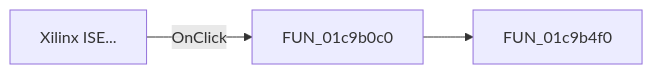
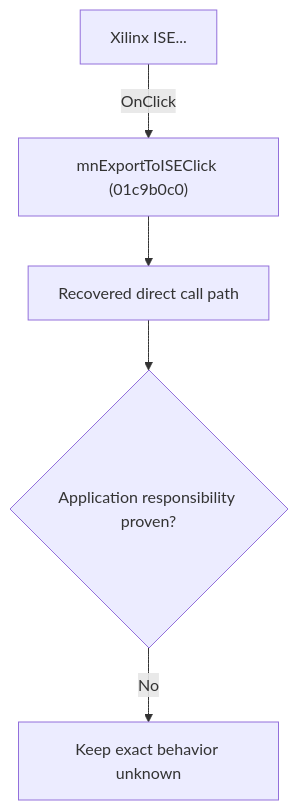
The diagram in docs/ui-controls/schematiceditor/mnexporttoise-5b2fc6d8e5.md (MovGP0/TIARA), drawn with Mermaid before and after one commit. The commit also changed other lines of this file and 1062 other files, not shown here.

````diff
--- a/docs/ui-controls/schematiceditor/mnexporttoise-5b2fc6d8e5.md
+++ b/docs/ui-controls/schematiceditor/mnexporttoise-5b2fc6d8e5.md
@@ -27,5 +27,7 @@
 ```mermaid
-flowchart LR
-    control["Xilinx ISE..."] -->|OnClick| handler["FUN_01c9b0c0"]
-    handler --> call1["FUN_01c9b4f0"]
+flowchart TD
+    control["Xilinx ISE..."] -->|"OnClick"| handler["mnExportToISEClick (01c9b0c0)"]
+    handler --> recovered["Recovered direct call path"]
+    recovered --> gap{"Application responsibility proven?"}
+    gap -->|"No"| blocked["Keep exact behavior unknown"]
 ```
````
